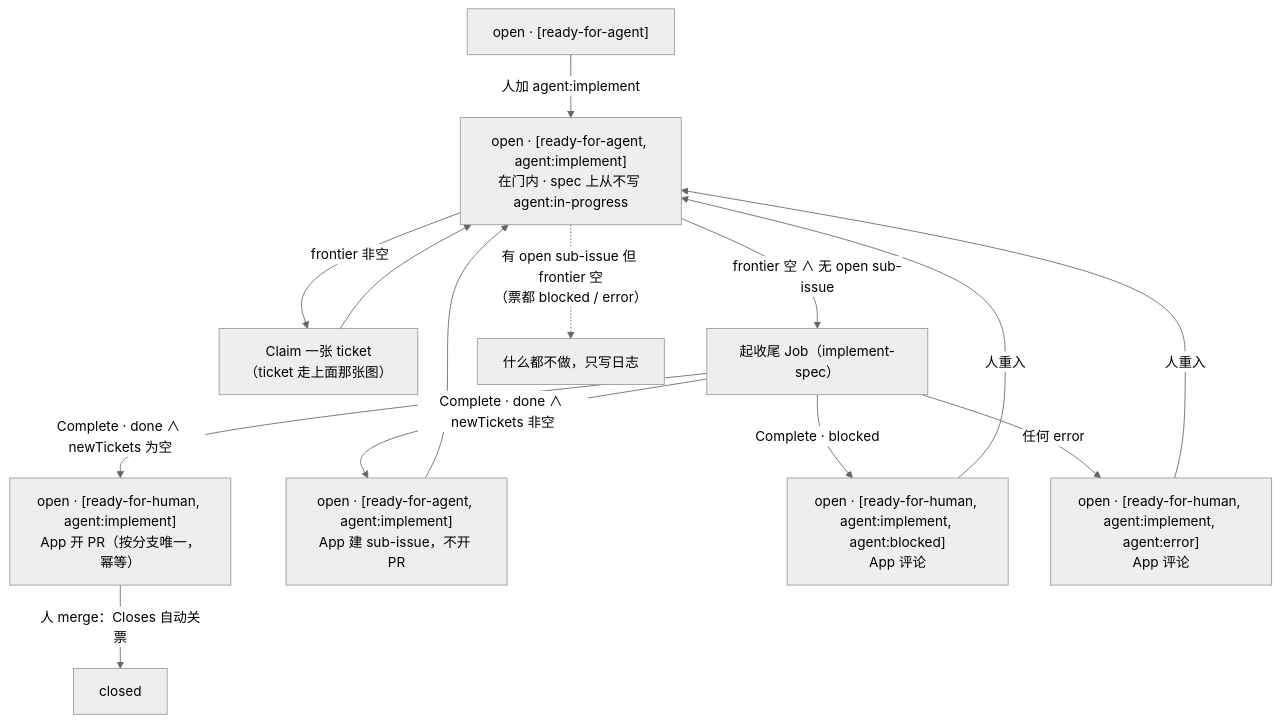
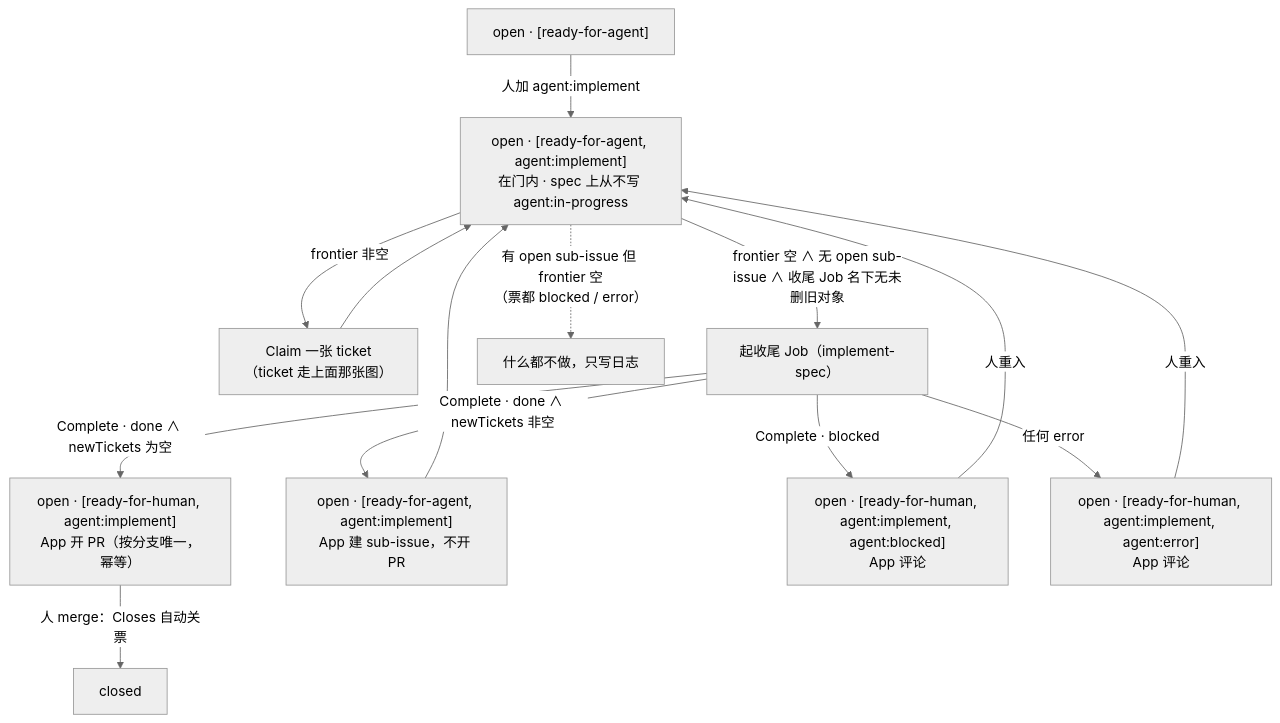
Before and after one commit to 2017fighting/remote-agent: the fifth of 9 diagrams in docs/architecture.md, drawn with Mermaid (neutral theme). The commit also changed other lines of this file and 4 other files, not shown here.

````diff
--- a/docs/architecture.md
+++ b/docs/architecture.md
@@ -201,16 +209,16 @@
 ```mermaid
 flowchart TD
     S0["open · [ready-for-agent]"] -->|"人加 agent:implement"| S1["open · [ready-for-agent, agent:implement]<br/>在门内 · spec 上从不写 agent:in-progress"]
     S1 -->|"frontier 非空"| Claim["Claim 一张 ticket<br/>（ticket 走上面那张图）"]
     Claim --> S1
-    S1 -->|"frontier 空 ∧ 无 open sub-issue"| S2["起收尾 Job（implement-spec）"]
+    S1 -->|"frontier 空 ∧ 无 open sub-issue ∧ 收尾 Job 名下无未删旧对象"| S2["起收尾 Job（implement-spec）"]
     S1 -.->|"有 open sub-issue 但 frontier 空<br/>（票都 blocked / error）"| Idle["什么都不做，只写日志"]
     S2 -->|"Complete · done ∧ newTickets 为空"| S3["open · [ready-for-human, agent:implement]<br/>App 开 PR（按分支唯一，幂等）"]
     S2 -->|"Complete · done ∧ newTickets 非空"| S3N["open · [ready-for-agent, agent:implement]<br/>App 建 sub-issue，不开 PR"]
     S3N --> S1
     S2 -->|"Complete · blocked"| S4["open · [ready-for-human, agent:implement, agent:blocked]<br/>App 评论"]
     S2 -->|"任何 error"| S5["open · [ready-for-human, agent:implement, agent:error]<br/>App 评论"]
     S3 -->|"人 merge：Closes 自动关票"| Done["closed"]
     S4 -->|"人重入"| S1
     S5 -->|"人重入"| S1
 ```
````
